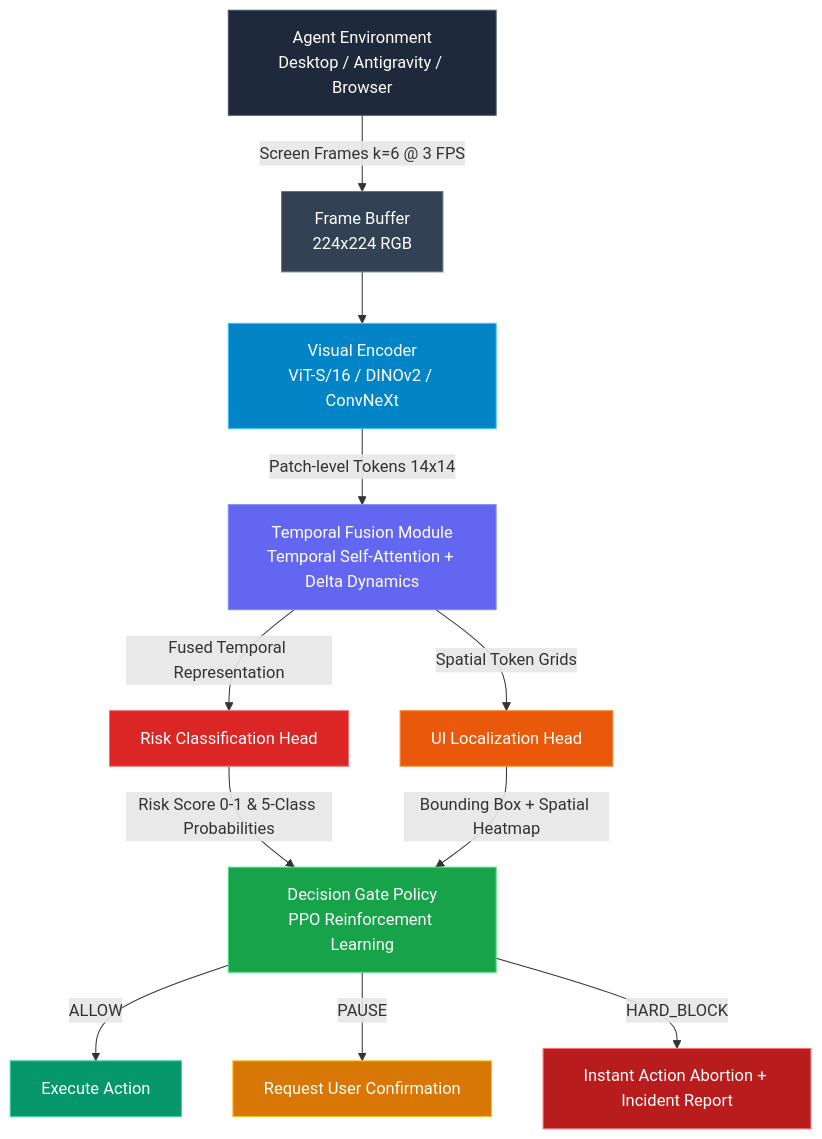
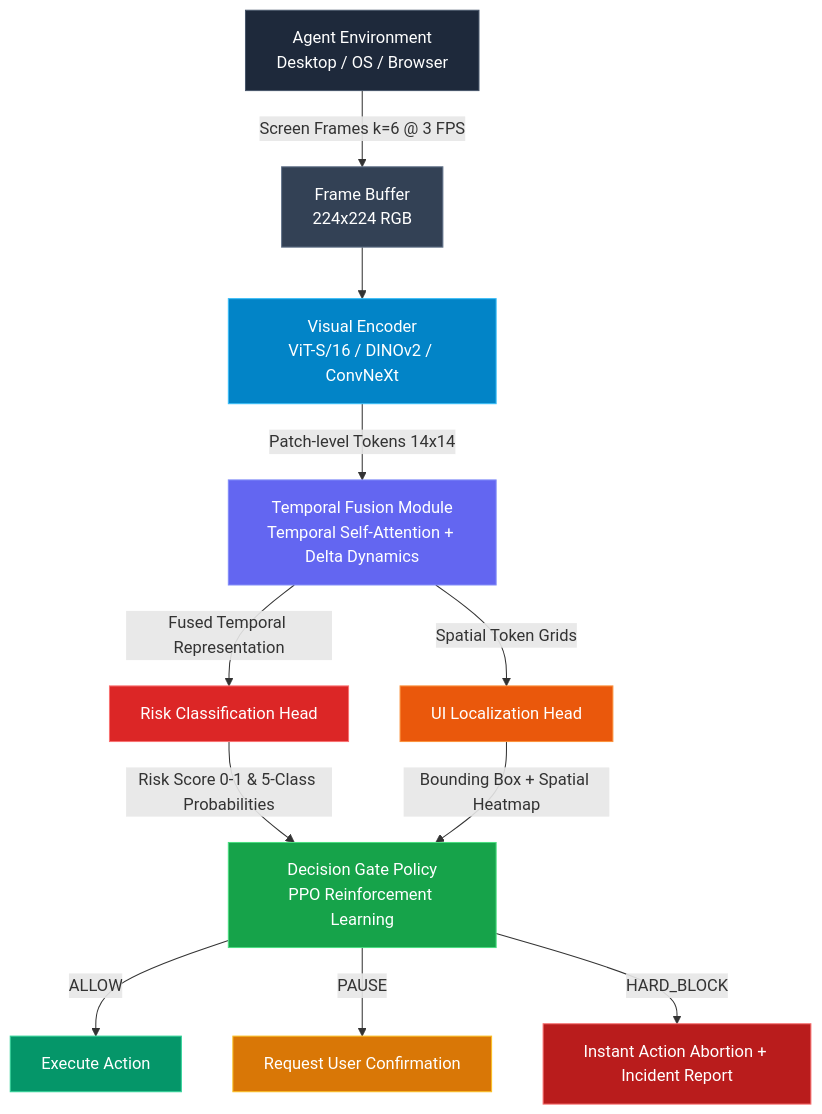
The diagram in README.md (codewithyug06/Agent-Risk-Grounding-Visual-Risk-Inspection), drawn with Mermaid before and after one commit. The commit also changed other lines of this file and 2 other files, not shown here.

Commit message:
refactor: generalize all agent nomenclature across web interface, scenarios, and documentation

````diff
--- a/README.md
+++ b/README.md
@@ -108,27 +108,27 @@
 ```mermaid
 graph TD
-    A[Agent Environment<br/>Desktop / Antigravity / Browser] -->|Screen Frames k=6 @ 3 FPS| B[Frame Buffer<br/>224x224 RGB]
+    A[Agent Environment<br/>Desktop / OS / Browser] -->|Screen Frames k=6 @ 3 FPS| B[Frame Buffer<br/>224x224 RGB]
     B --> C[Visual Encoder<br/>ViT-S/16 / DINOv2 / ConvNeXt]
     C -->|Patch-level Tokens 14x14| D[Temporal Fusion Module<br/>Temporal Self-Attention + Delta Dynamics]
     
     D -->|Fused Temporal Representation| E[Risk Classification Head]
     D -->|Spatial Token Grids| F[UI Localization Head]
     
     E -->|Risk Score 0-1 & 5-Class Probabilities| G[Decision Gate Policy<br/>PPO Reinforcement Learning]
     F -->|Bounding Box + Spatial Heatmap| G
     
     G -->|ALLOW| H[Execute Action]
     G -->|PAUSE| I[Request User Confirmation]
     G -->|HARD_BLOCK| J[Instant Action Abortion + Incident Report]
     
     style A fill:#1e293b,stroke:#475569,color:#fff
     style B fill:#334155,stroke:#64748b,color:#fff
     style C fill:#0284c7,stroke:#38bdf8,color:#fff
     style D fill:#6366f1,stroke:#818cf8,color:#fff
     style E fill:#dc2626,stroke:#f87171,color:#fff
     style F fill:#ea580c,stroke:#fb923c,color:#fff
     style G fill:#16a34a,stroke:#4ade80,color:#fff
     style H fill:#059669,stroke:#34d399,color:#fff
     style I fill:#d97706,stroke:#fbbf24,color:#fff
     style J fill:#b91c1c,stroke:#f87171,color:#fff
 ```
````
